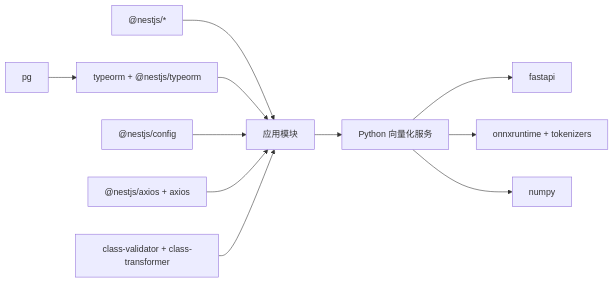
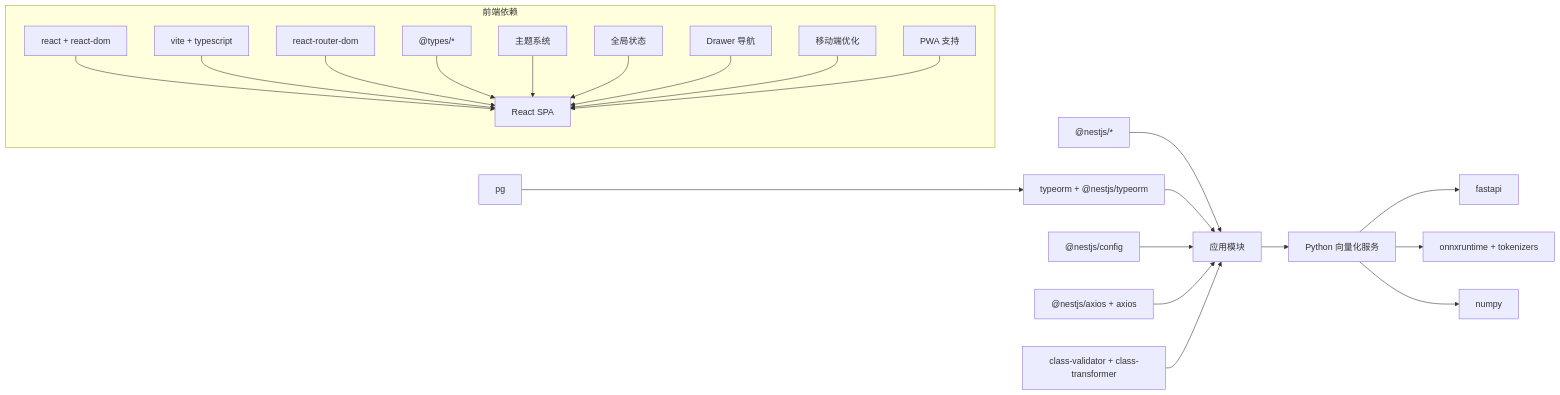
One commit to L1mingyoung/ex changed the eighth of 8 diagrams in .qoder/repowiki/zh/content/项目概述/学习笔记.md. Above: the diagram before and after it, drawn with Mermaid. The commit also changed other lines of this file and 21 other files, not shown here.

````diff
--- a/.qoder/repowiki/zh/content/项目概述/学习笔记.md
+++ b/.qoder/repowiki/zh/content/项目概述/学习笔记.md
@@ -308,13 +432,24 @@
 ```mermaid
 graph LR
 NEST["@nestjs/*"] --> APP["应用模块"]
 TYPEORM["typeorm + @nestjs/typeorm"] --> APP
 PG["pg"] --> TYPEORM
 CFG["@nestjs/config"] --> APP
 AXIOS["@nestjs/axios + axios"] --> APP
 VALID["class-validator + class-transformer"] --> APP
 APP --> PY["Python 向量化服务"]
 PY --> FASTAPI["fastapi"]
 PY --> ONNX["onnxruntime + tokenizers"]
 PY --> NUMPY["numpy"]
+subgraph "前端依赖"
+REACT["react + react-dom"] --> WEB["React SPA"]
+VITE["vite + typescript"] --> WEB
+ROUTER["react-router-dom"] --> WEB
+TYPES["@types/*"] --> WEB
+THEME["主题系统"] --> WEB
+CONTEXT["全局状态"] --> WEB
+DRAWER["Drawer 导航"] --> WEB
+MOBILE["移动端优化"] --> WEB
+PWA["PWA 支持"] --> WEB
+end
 ```
````
